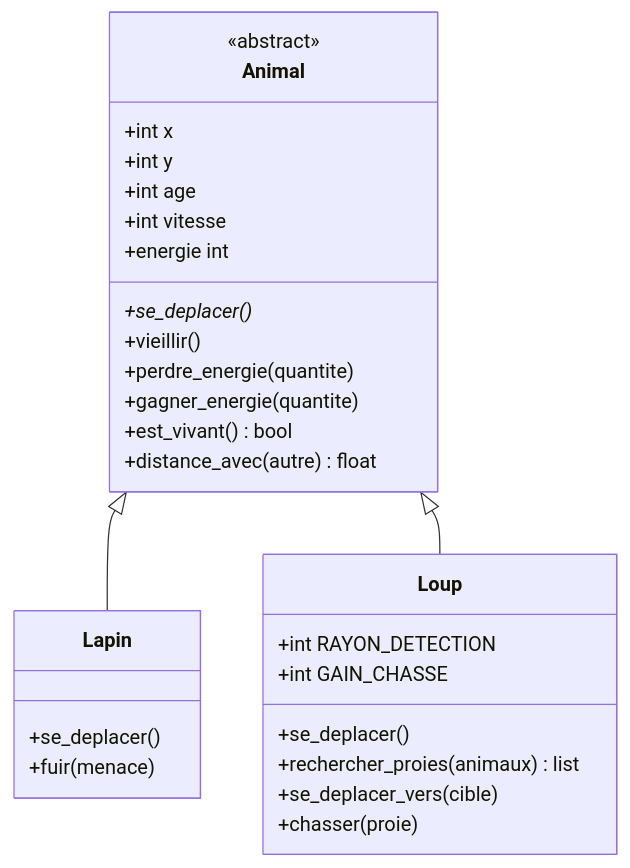
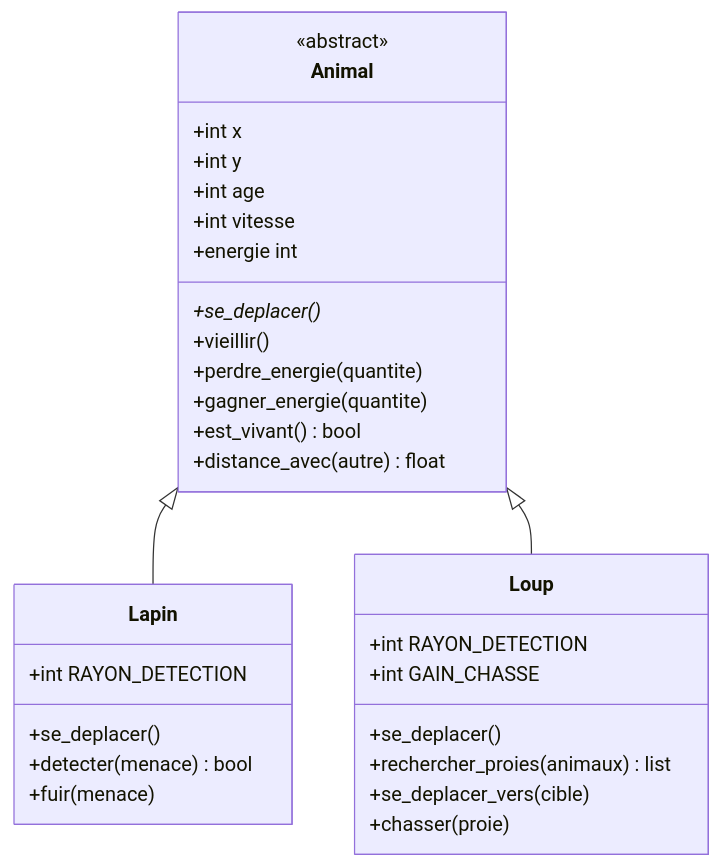
The second of 2 diagrams in traduction-rapport.md (hmty-CHEN/POO-TP1), drawn with Mermaid before and after one commit. The commit also changed other lines of this file and 3 other files, not shown here.

Commit message:
Limitation du rayon de detection du lapin

````diff
--- a/traduction-rapport.md
+++ b/traduction-rapport.md
@@ -56,31 +56,33 @@
 ```mermaid
 classDiagram
     class Animal {
         <<abstract>>
         +int x
         +int y
         +int age
         +int vitesse
         +energie int
         +se_deplacer()*
         +vieillir()
         +perdre_energie(quantite)
         +gagner_energie(quantite)
         +est_vivant() bool
         +distance_avec(autre) float
     }
     class Lapin {
+        +int RAYON_DETECTION
         +se_deplacer()
+        +detecter(menace) bool
         +fuir(menace)
     }
     class Loup {
         +int RAYON_DETECTION
         +int GAIN_CHASSE
         +se_deplacer()
         +rechercher_proies(animaux) list
         +se_deplacer_vers(cible)
         +chasser(proie)
     }
     Animal <|-- Lapin
     Animal <|-- Loup
 ```
````
